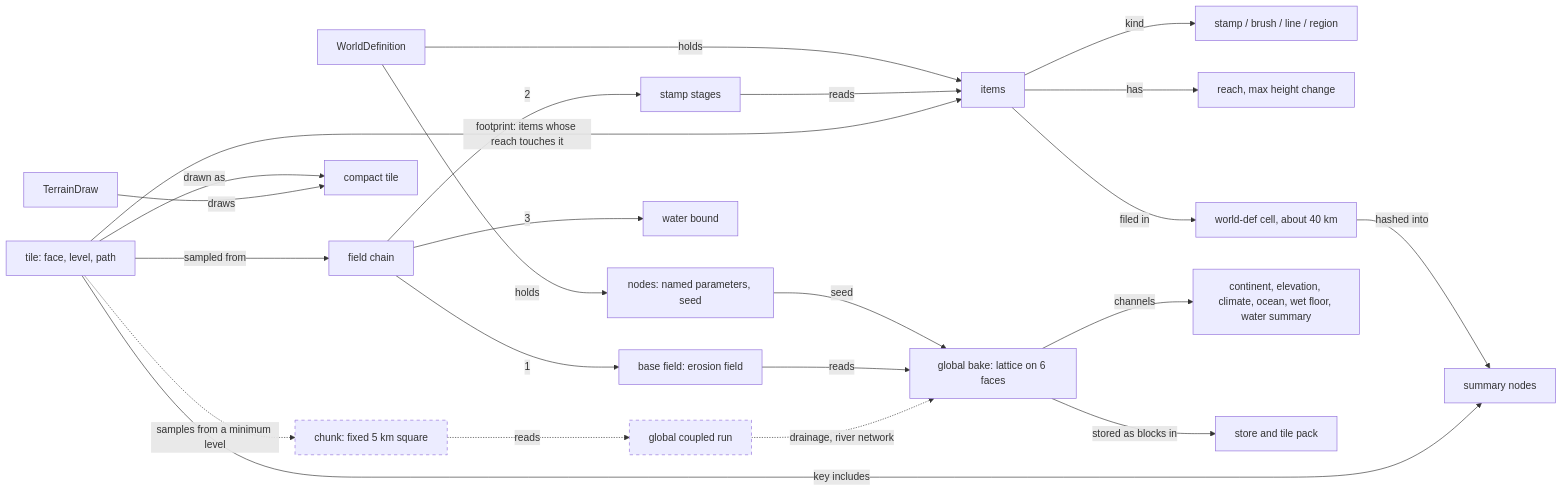
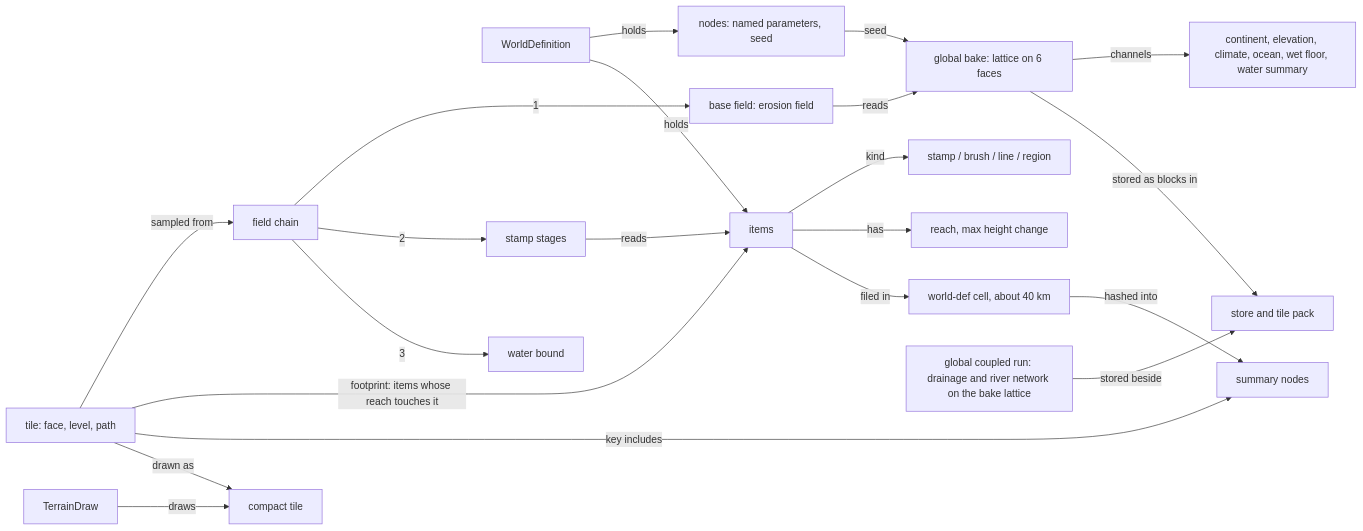
Before and after one commit to mdondorff/Serious-Planet-builder: the first of 3 diagrams in docs/domain.md, drawn with Mermaid. The commit also changed other lines of this file and 1 other file, not shown here.

Commit message:
docs: domain glossary with term status (proposed, accepted, retiring) and non-normative former terms; chunk stage retired from the language (owner, 2026-10-30)

````diff
--- a/docs/domain.md
+++ b/docs/domain.md
@@ -9,27 +17,23 @@
 ```mermaid
 flowchart LR
   WD["WorldDefinition"] -->|holds| N["nodes: named parameters, seed"]
   WD -->|holds| I["items"]
   I -->|kind| K["stamp / brush / line / region"]
   I -->|has| R["reach, max height change"]
   I -->|filed in| WC["world-def cell, about 40 km"]
   WC -->|hashed into| SN["summary nodes"]
   N -->|seed| GB["global bake: lattice on 6 faces"]
   GB -->|channels| CH["continent, elevation, climate, ocean, wet floor, water summary"]
   GB -->|stored as blocks in| ST["store and tile pack"]
+  GC["global coupled run: drainage and river network on the bake lattice"] -->|stored beside| ST
   BF["base field: erosion field"] -->|reads| GB
   FC["field chain"] -->|1| BF
   FC -->|2| SS["stamp stages"]
   SS -->|reads| I
   FC -->|3| WB["water bound"]
   T["tile: face, level, path"] -->|sampled from| FC
   T -->|footprint: items whose reach touches it| I
   T -->|key includes| SN
   T -->|drawn as| CT["compact tile"]
   TD["TerrainDraw"] -->|draws| CT
-  GC["global coupled run"] -.->|drainage, river network| GB
-  P["chunk: fixed 5 km square"] -.->|reads| GC
-  T -.->|samples from a minimum level| P
-  classDef planned stroke-dasharray: 5 5
-  class GC,P planned
 ```
````
